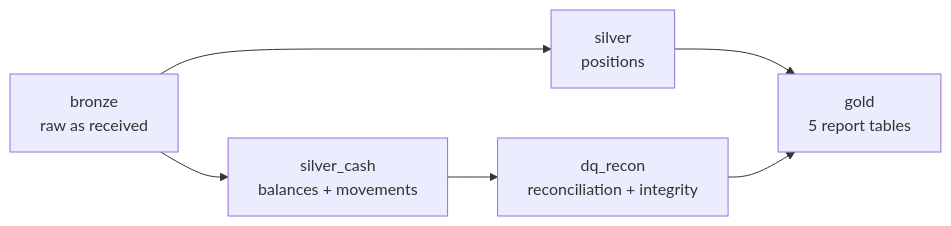
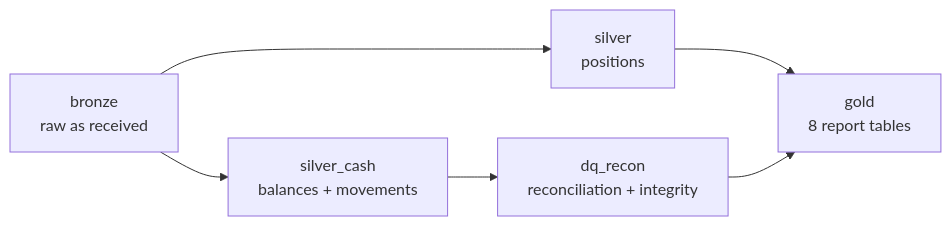
The second of 2 diagrams in README.md (ambarshukla/parvum), drawn with Mermaid before and after one commit. The commit also changed other lines of this file, not shown here.

````diff
--- a/README.md
+++ b/README.md
@@ -54,8 +54,8 @@
 ```mermaid
 flowchart LR
     bronze["bronze<br/>raw as received"] --> silver["silver<br/>positions"]
     bronze --> cash["silver_cash<br/>balances + movements"]
     cash --> dq["dq_recon<br/>reconciliation + integrity"]
-    silver --> gold["gold<br/>5 report tables"]
+    silver --> gold["gold<br/>8 report tables"]
     dq --> gold
 ```
````
